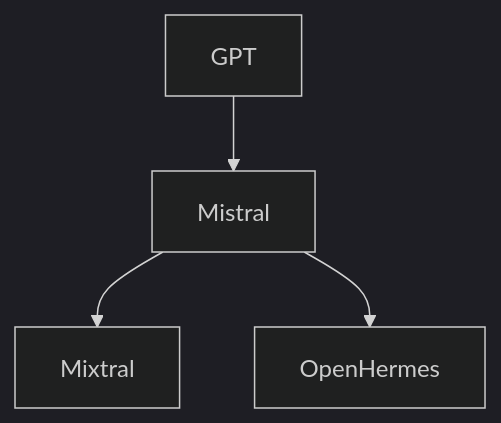
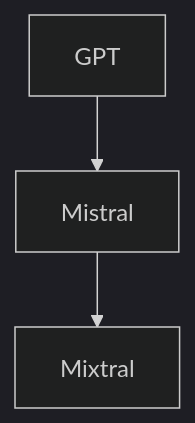
Diagram 21 of 23 in doc/llm.md (ted-sharp/chatvox), drawn with Mermaid (dark theme) before and after one commit. The commit also changed other lines of this file, not shown here.

````diff
--- a/doc/llm.md
+++ b/doc/llm.md
@@ -982,6 +1020,5 @@
 ```mermaid
 flowchart
 
 GPT --> Mistral --> Mixtral
-Mistral --> OpenHermes
 ```
````
